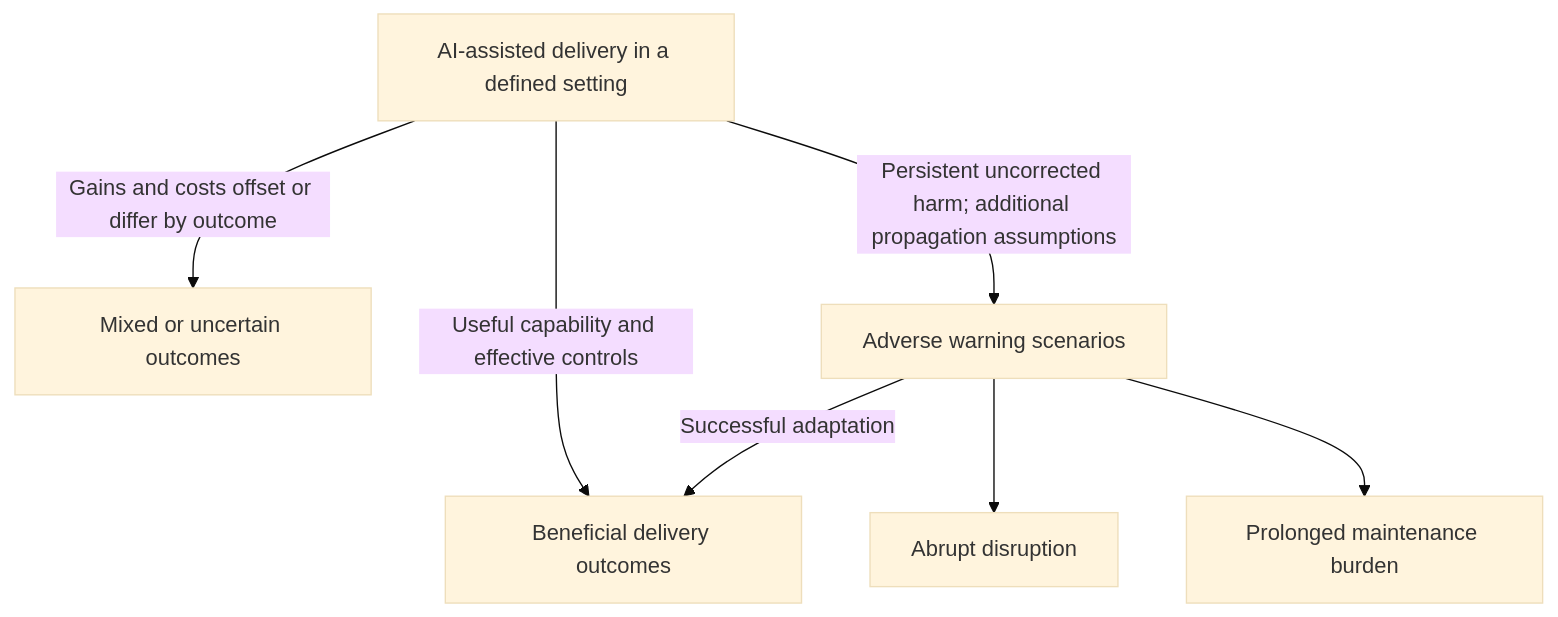
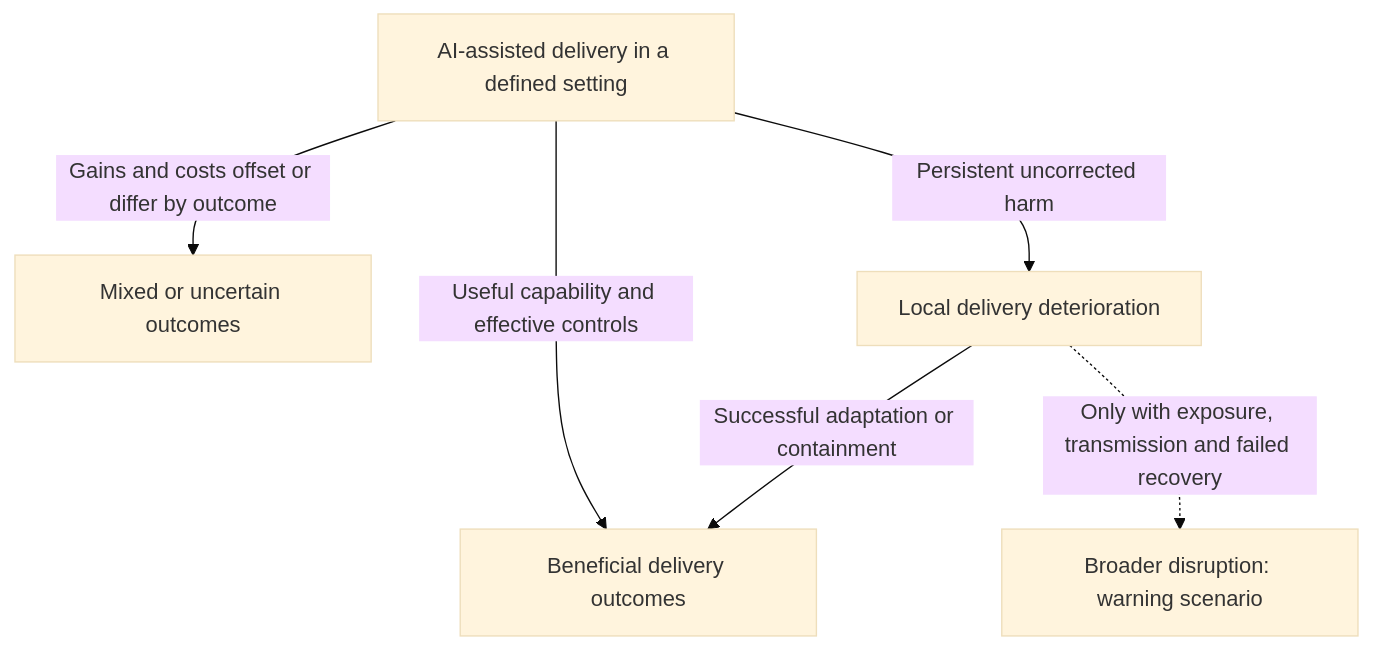
One commit to UncertaintyArchitectureGroup/The-Subprime-Code-Crisis changed the diagram in report/03_the_aftermath.md. Above: the diagram before and after it, drawn with Mermaid (base theme). The commit also changed other lines of this file and 13 other files, not shown here.

````diff
--- a/report/03_the_aftermath.md
+++ b/report/03_the_aftermath.md
@@ -38,9 +39,8 @@
 ```mermaid
 flowchart TD
     A["AI-assisted delivery in a defined setting"] -->|"Useful capability and effective controls"| B["Beneficial delivery outcomes"]
     A -->|"Gains and costs offset or differ by outcome"| C["Mixed or uncertain outcomes"]
-    A -->|"Persistent uncorrected harm; additional propagation assumptions"| D["Adverse warning scenarios"]
-    D --> E["Abrupt disruption"]
-    D --> F["Prolonged maintenance burden"]
-    D -->|"Successful adaptation"| B
+    A -->|"Persistent uncorrected harm"| D["Local delivery deterioration"]
+    D -->|"Successful adaptation or containment"| B
+    D -. "Only with exposure, transmission and failed recovery" .-> E["Broader disruption: warning scenario"]
 ```
````
